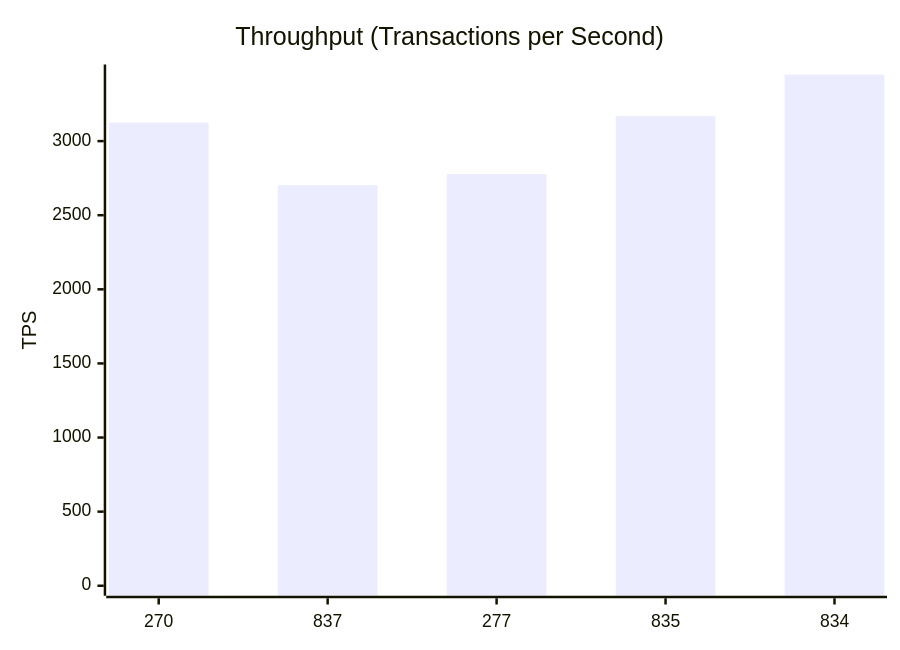
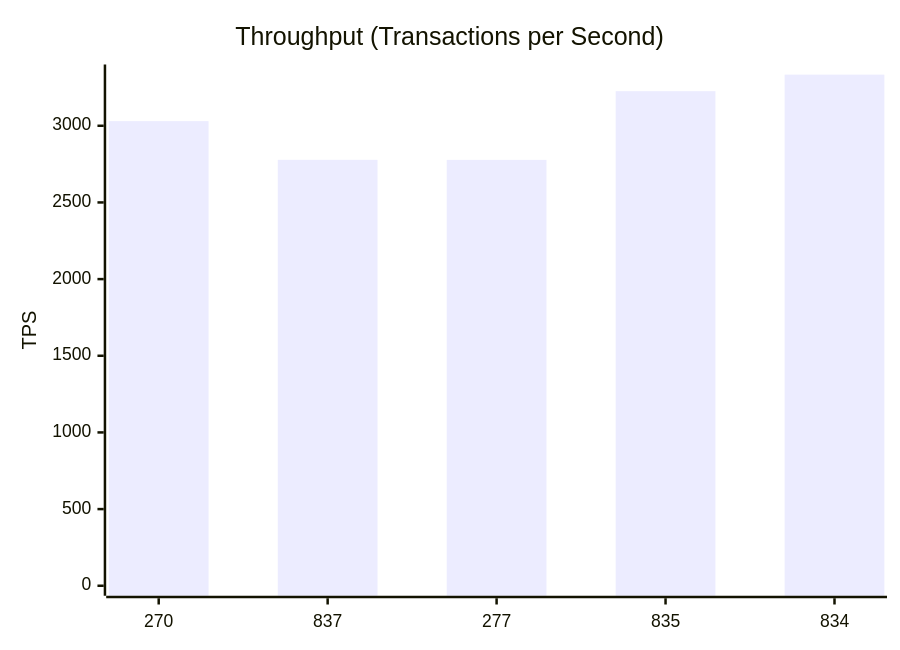
One commit to dhagan-va/intern-2025 changed the second of 10 diagrams in test-tools/DataGen/src/Statistics_Visualizer.md. Above: the diagram before and after it, drawn with Mermaid. The commit also changed other lines of this file and 1 other file, not shown here.

````diff
--- a/test-tools/DataGen/src/Statistics_Visualizer.md
+++ b/test-tools/DataGen/src/Statistics_Visualizer.md
@@ -30,7 +30,7 @@
 ```mermaid
 xychart-beta
     title "Throughput (Transactions per Second)"
     x-axis ["270", "837", "277", "835", "834"]
-    y-axis "TPS" 0 --> 3449.394772233525
-    bar [3125.097659301853, 2702.702702702703, 2777.6234653630354, 3170.074496750674, 3448.394772233525]
+    y-axis "TPS" 0 --> 3334.4444481482715
+    bar [3030.2112057210384, 2777.9321073392966, 2777.700619427238, 3225.7023966968804, 3333.4444481482715]
 ```
````
